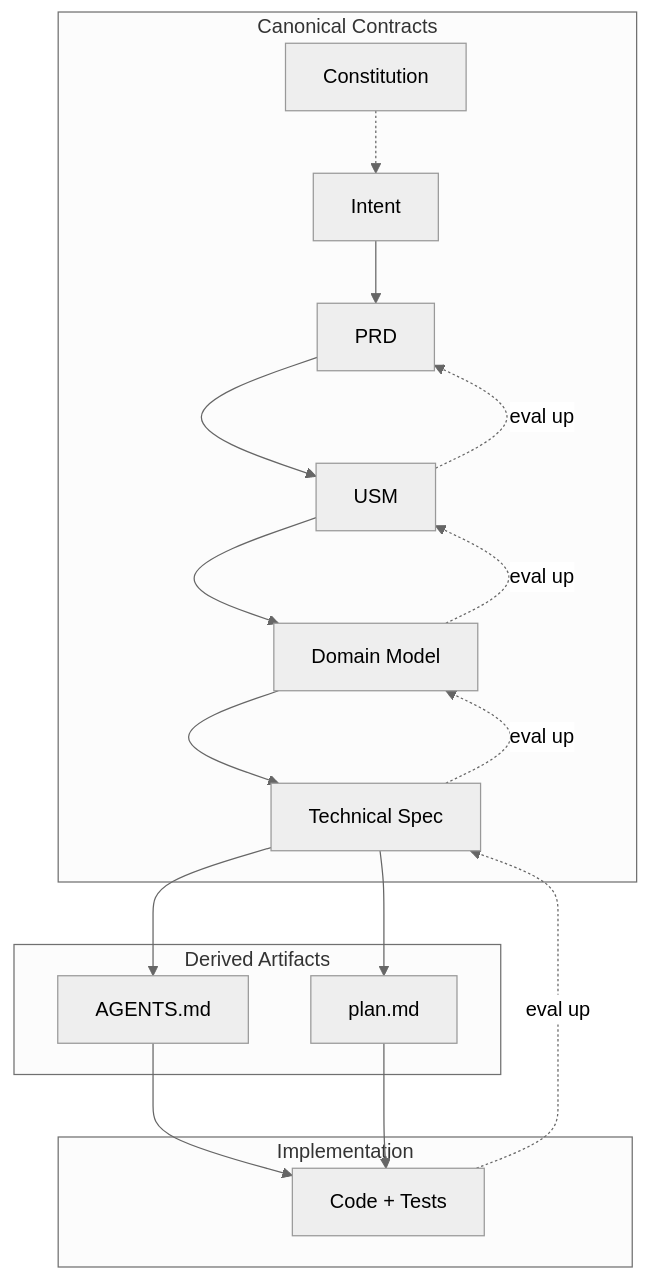
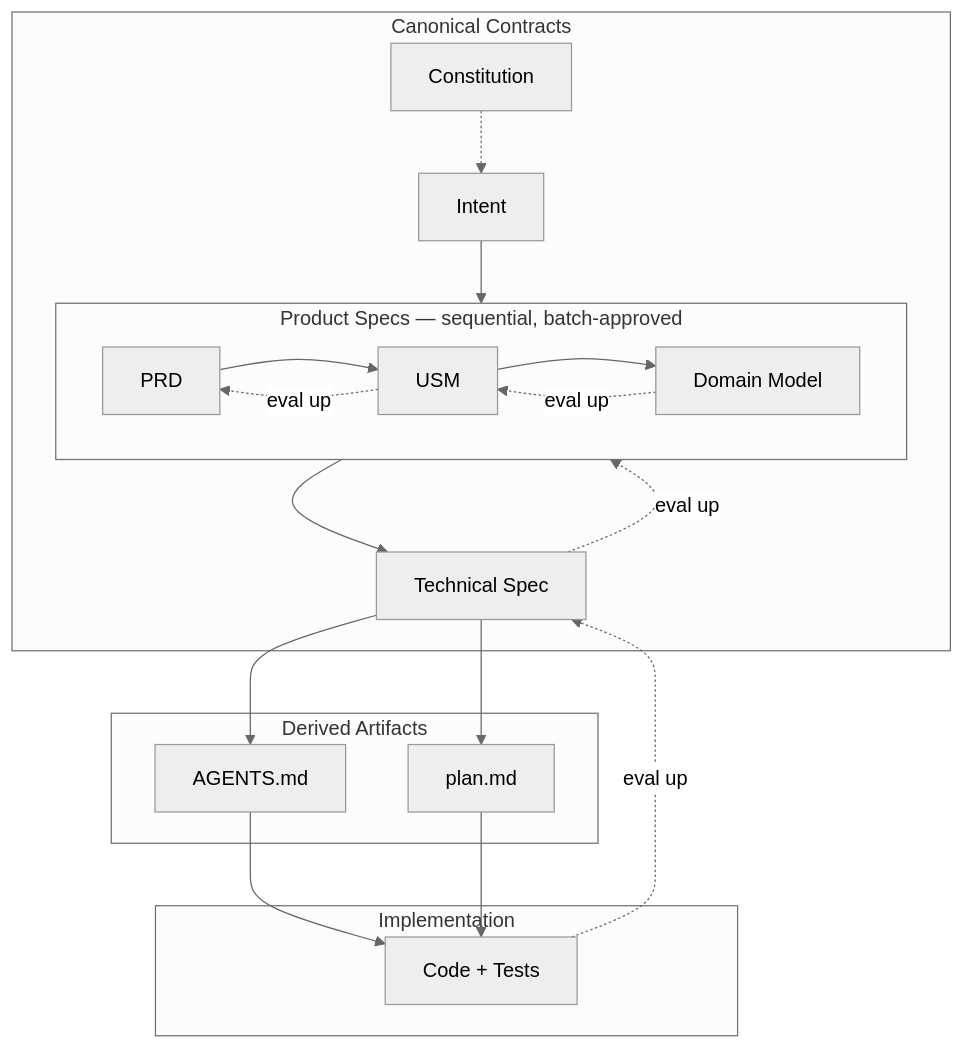
The first of 6 diagrams in docs/vibeloom-methodology.md (dahans-msft2/vibeloom-copilot-cli), drawn with Mermaid (neutral theme) before and after one commit. The commit also changed other lines of this file and 3 other files, not shown here.

Commit message:
docs: clarify sequential product generation flow

````diff
--- a/docs/vibeloom-methodology.md
+++ b/docs/vibeloom-methodology.md
@@ -48,35 +48,34 @@
 ```mermaid
 flowchart TD
     subgraph "Canonical Contracts"
         CONST["Constitution"]
         INT["Intent"]
-        PRD["PRD"]
-        USM["USM"]
-        DM["Domain Model"]
+        subgraph product ["Product Specs — sequential, batch-approved"]
+            direction LR
+            PRD["PRD"] --> USM["USM"] --> DM["Domain Model"]
+        end
         SPEC["Technical Spec"]
     end
 
     subgraph "Derived Artifacts"
         AGENTS["AGENTS.md"]
         PLAN["plan.md"]
     end
 
     subgraph "Implementation"
         CODE["Code + Tests"]
     end
 
     CONST -.-> INT
     INT --> PRD
-    PRD --> USM
-    USM --> DM
     DM --> SPEC
     SPEC --> AGENTS
     SPEC --> PLAN
     AGENTS --> CODE
     PLAN --> CODE
 
     CODE -. "eval up" .-> SPEC
     SPEC -. "eval up" .-> DM
     DM -. "eval up" .-> USM
     USM -. "eval up" .-> PRD
 ```
````
